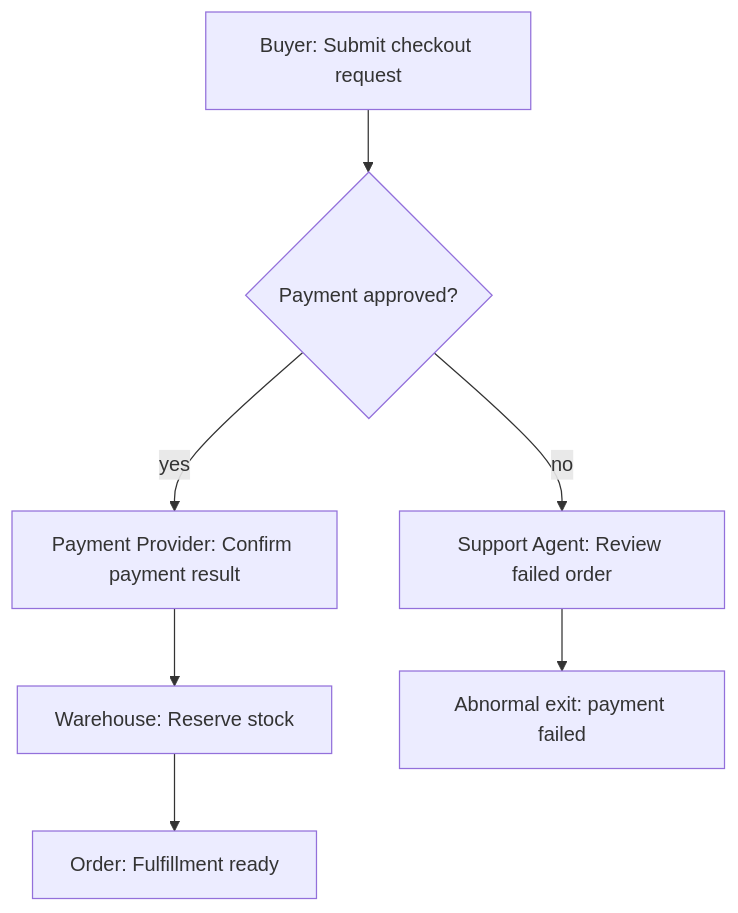
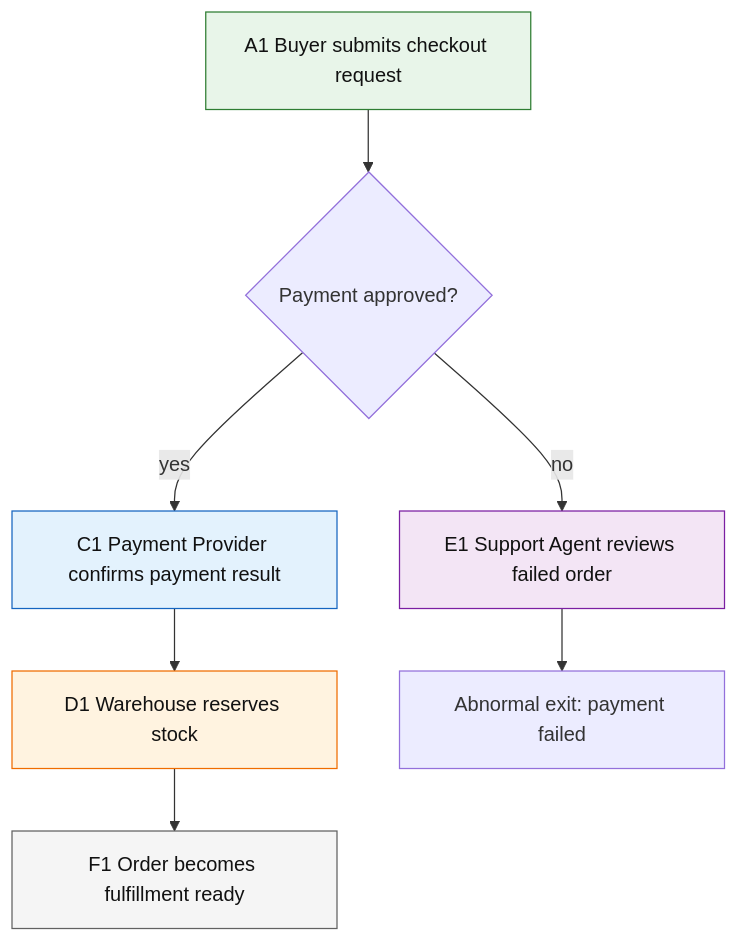
Before and after one commit to 554943871/repo-wiki: the diagram in skills/references/writing-blocks/activity-map.md, drawn with Mermaid. The commit also changed other lines of this file and 15 other files, not shown here.

````diff
--- a/skills/references/writing-blocks/activity-map.md
+++ b/skills/references/writing-blocks/activity-map.md
@@ -26,14 +26,25 @@
 ```mermaid
 flowchart TD
-  A[Buyer: Submit checkout request]
+  A1[A1 Buyer submits checkout request]
   B{Payment approved?}
-  C[Payment Provider: Confirm payment result]
-  D[Warehouse: Reserve stock]
-  E[Support Agent: Review failed order]
-  F[Order: Fulfillment ready]
+  C1[C1 Payment Provider confirms payment result]
+  D1[D1 Warehouse reserves stock]
+  E1[E1 Support Agent reviews failed order]
+  F1[F1 Order becomes fulfillment ready]
   X[Abnormal exit: payment failed]
 
-  A --> B
-  B -- yes --> C --> D --> F
-  B -- no --> E --> X
+  A1 --> B
+  B -- yes --> C1 --> D1 --> F1
+  B -- no --> E1 --> X
+
+  class A1 buyer;
+  class C1 paymentProvider;
+  class D1 warehouse;
+  class E1 supportAgent;
+  class F1 order;
+  classDef buyer fill:#E8F5E9,stroke:#2E7D32,color:#111;
+  classDef paymentProvider fill:#E3F2FD,stroke:#1565C0,color:#111;
+  classDef warehouse fill:#FFF3E0,stroke:#EF6C00,color:#111;
+  classDef supportAgent fill:#F3E5F5,stroke:#7B1FA2,color:#111;
+  classDef order fill:#F5F5F5,stroke:#616161,color:#111;
 ```
````
